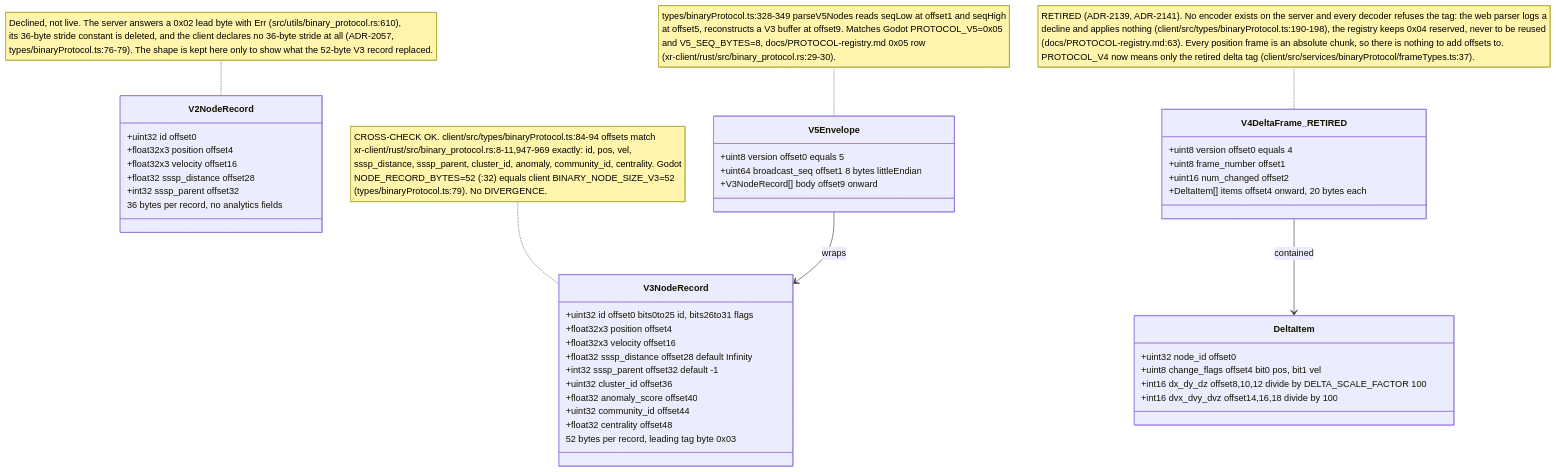
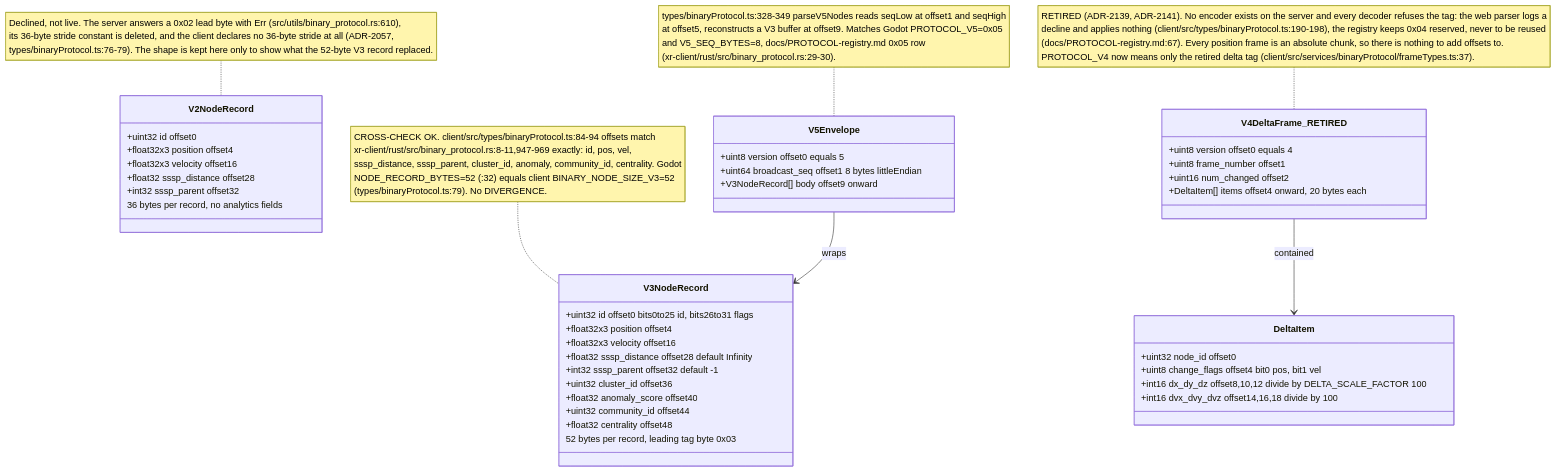
Before and after one commit to DreamLab-AI/VisionFlow: the fifth of 15 diagrams in docs/diagrams/visionclaw/32-client-websocket-and-binary.md, drawn with Mermaid. The commit also changed other lines of this file and 46 other files, not shown here.

Commit message:
docs(diagrams): re-verify VisionClaw topics at 809a859aa/a950f4d80 after the consolidation pass

````diff
--- a/docs/diagrams/visionclaw/32-client-websocket-and-binary.md
+++ b/docs/diagrams/visionclaw/32-client-websocket-and-binary.md
@@ -265,46 +265,46 @@
 ```mermaid
 classDiagram
     class V3NodeRecord {
       +uint32 id  offset0  bits0to25 id, bits26to31 flags
       +float32x3 position  offset4
       +float32x3 velocity  offset16
       +float32 sssp_distance  offset28  default Infinity
       +int32 sssp_parent  offset32  default -1
       +uint32 cluster_id  offset36
       +float32 anomaly_score  offset40
       +uint32 community_id  offset44
       +float32 centrality  offset48
       52 bytes per record, leading tag byte 0x03
     }
     class V2NodeRecord {
       +uint32 id  offset0
       +float32x3 position  offset4
       +float32x3 velocity  offset16
       +float32 sssp_distance  offset28
       +int32 sssp_parent  offset32
       36 bytes per record, no analytics fields
     }
     class V5Envelope {
       +uint8 version  offset0  equals 5
       +uint64 broadcast_seq  offset1  8 bytes littleEndian
       +V3NodeRecord[] body  offset9 onward
     }
     class V4DeltaFrame_RETIRED {
       +uint8 version  offset0  equals 4
       +uint8 frame_number  offset1
       +uint16 num_changed  offset2
       +DeltaItem[] items  offset4 onward, 20 bytes each
     }
     class DeltaItem {
       +uint32 node_id  offset0
       +uint8 change_flags  offset4  bit0 pos, bit1 vel
       +int16 dx_dy_dz  offset8,10,12  divide by DELTA_SCALE_FACTOR 100
       +int16 dvx_dvy_dvz  offset14,16,18  divide by 100
     }
     V5Envelope --> V3NodeRecord : wraps
     V4DeltaFrame_RETIRED --> DeltaItem : contained
     note for V3NodeRecord "CROSS-CHECK OK. client/src/types/binaryProtocol.ts:84-94 offsets match<br/>xr-client/rust/src/binary_protocol.rs:8-11,947-969 exactly: id, pos, vel,<br/>sssp_distance, sssp_parent, cluster_id, anomaly, community_id, centrality. Godot<br/>NODE_RECORD_BYTES=52 (:32) equals client BINARY_NODE_SIZE_V3=52<br/>(types/binaryProtocol.ts:79). No DIVERGENCE."
     note for V2NodeRecord "Declined, not live. The server answers a 0x02 lead byte with Err (src/utils/binary_protocol.rs:610),<br/>its 36-byte stride constant is deleted, and the client declares no 36-byte stride at all (ADR-2057,<br/>types/binaryProtocol.ts:76-79). The shape is kept here only to show what the 52-byte V3 record replaced."
     note for V5Envelope "types/binaryProtocol.ts:328-349 parseV5Nodes reads seqLow at offset1 and seqHigh<br/>at offset5, reconstructs a V3 buffer at offset9. Matches Godot PROTOCOL_V5=0x05<br/>and V5_SEQ_BYTES=8, docs/PROTOCOL-registry.md 0x05 row<br/>(xr-client/rust/src/binary_protocol.rs:29-30)."
-    note for V4DeltaFrame_RETIRED "RETIRED (ADR-2139, ADR-2141). No encoder exists on the server and every decoder refuses the tag: the web parser logs a<br/>decline and applies nothing (client/src/types/binaryProtocol.ts:190-198), the registry keeps 0x04 reserved, never to be reused<br/>(docs/PROTOCOL-registry.md:63). Every position frame is an absolute chunk, so there is nothing to add offsets to.<br/>PROTOCOL_V4 now means only the retired delta tag (client/src/services/binaryProtocol/frameTypes.ts:37)."
+    note for V4DeltaFrame_RETIRED "RETIRED (ADR-2139, ADR-2141). No encoder exists on the server and every decoder refuses the tag: the web parser logs a<br/>decline and applies nothing (client/src/types/binaryProtocol.ts:190-198), the registry keeps 0x04 reserved, never to be reused<br/>(docs/PROTOCOL-registry.md:67). Every position frame is an absolute chunk, so there is nothing to add offsets to.<br/>PROTOCOL_V4 now means only the retired delta tag (client/src/services/binaryProtocol/frameTypes.ts:37)."
 ```
````
